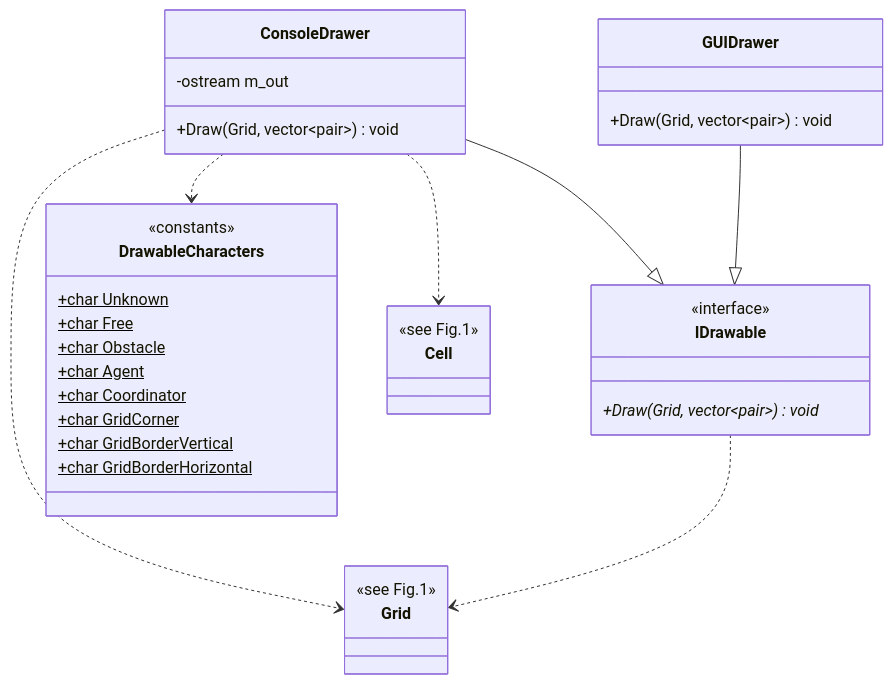
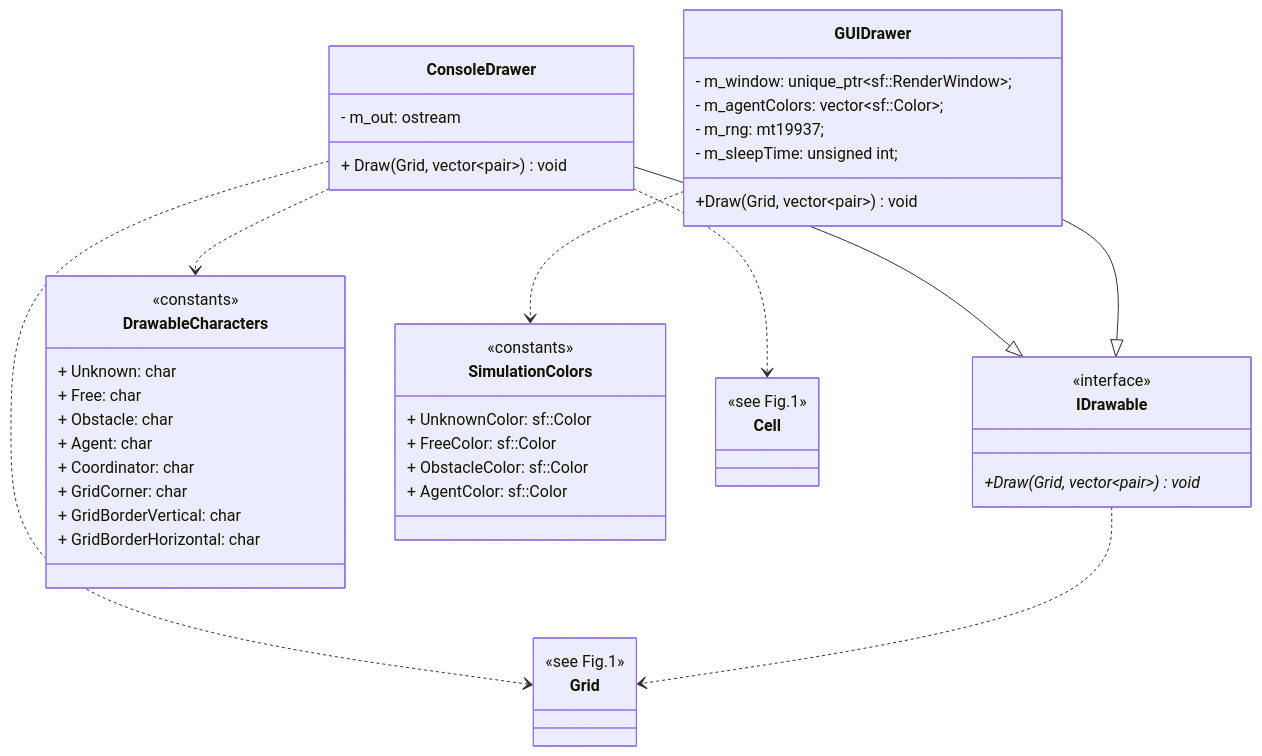
The fourth of 4 diagrams in README.md (Obamium3157/CooperativeExplorationSimulation), drawn with Mermaid before and after one commit. The commit also changed other lines of this file and 2 other files, not shown here.

````diff
--- a/README.md
+++ b/README.md
@@ -198,43 +204,59 @@
 ```mermaid
 classDiagram
     class IDrawable {
         <<interface>>
         +Draw(Grid, vector~pair~)* void
     }
 
     class ConsoleDrawer {
-        -ostream m_out
-        +Draw(Grid, vector~pair~) void
+        - m_out: ostream
+        
+        + Draw(Grid, vector~pair~) void
     }
 
     class GUIDrawer {
+        - m_window: unique_ptr~sf::RenderWindow~;
+        - m_agentColors: vector~sf::Color~;
+        - m_rng: mt19937;
+        - m_sleepTime: unsigned int;
+        
         +Draw(Grid, vector~pair~) void
     }
 
     class DrawableCharacters {
         <<constants>>
-        +char Unknown$
-        +char Free$
-        +char Obstacle$
-        +char Agent$
-        +char Coordinator$
-        +char GridCorner$
-        +char GridBorderVertical$
-        +char GridBorderHorizontal$
+        + Unknown: char 
+        + Free: char 
+        + Obstacle: char 
+        + Agent: char
+        + Coordinator: char 
+        + GridCorner: char
+        + GridBorderVertical: char 
+        + GridBorderHorizontal: char
+    }
+    
+    class SimulationColors {
+        <<constants>>
+        + UnknownColor: sf::Color
+        + FreeColor: sf::Color
+        + ObstacleColor: sf::Color
+        + AgentColor: sf::Color
     }
 
     class Grid {
         <<see Fig.1>>
     }
 
     class Cell {
         <<see Fig.1>>
     }
 
     ConsoleDrawer --|> IDrawable
     GUIDrawer --|> IDrawable
+    GUIDrawer ..> SimulationColors
     ConsoleDrawer ..> DrawableCharacters
     ConsoleDrawer ..> Grid
     ConsoleDrawer ..> Cell
     IDrawable ..> Grid
+
 ```
````
